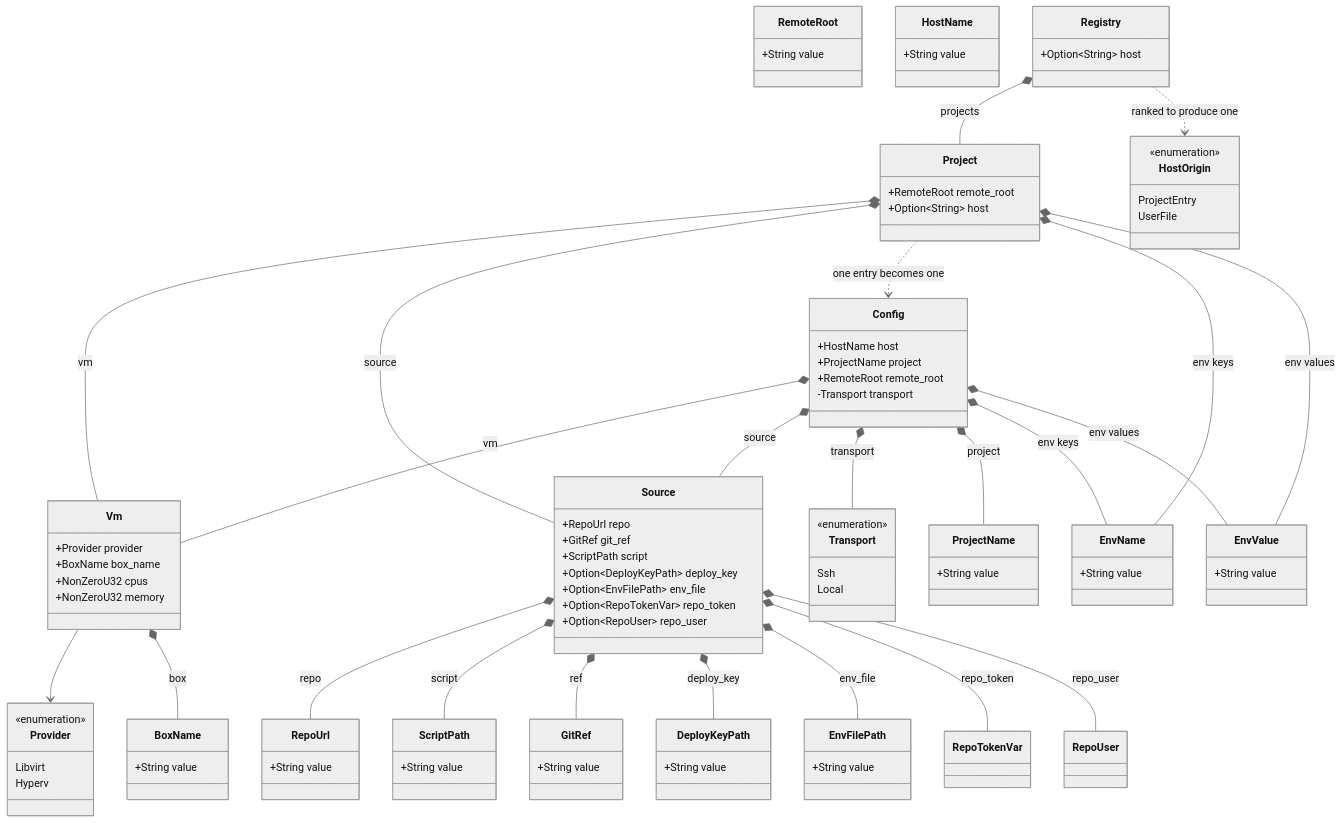
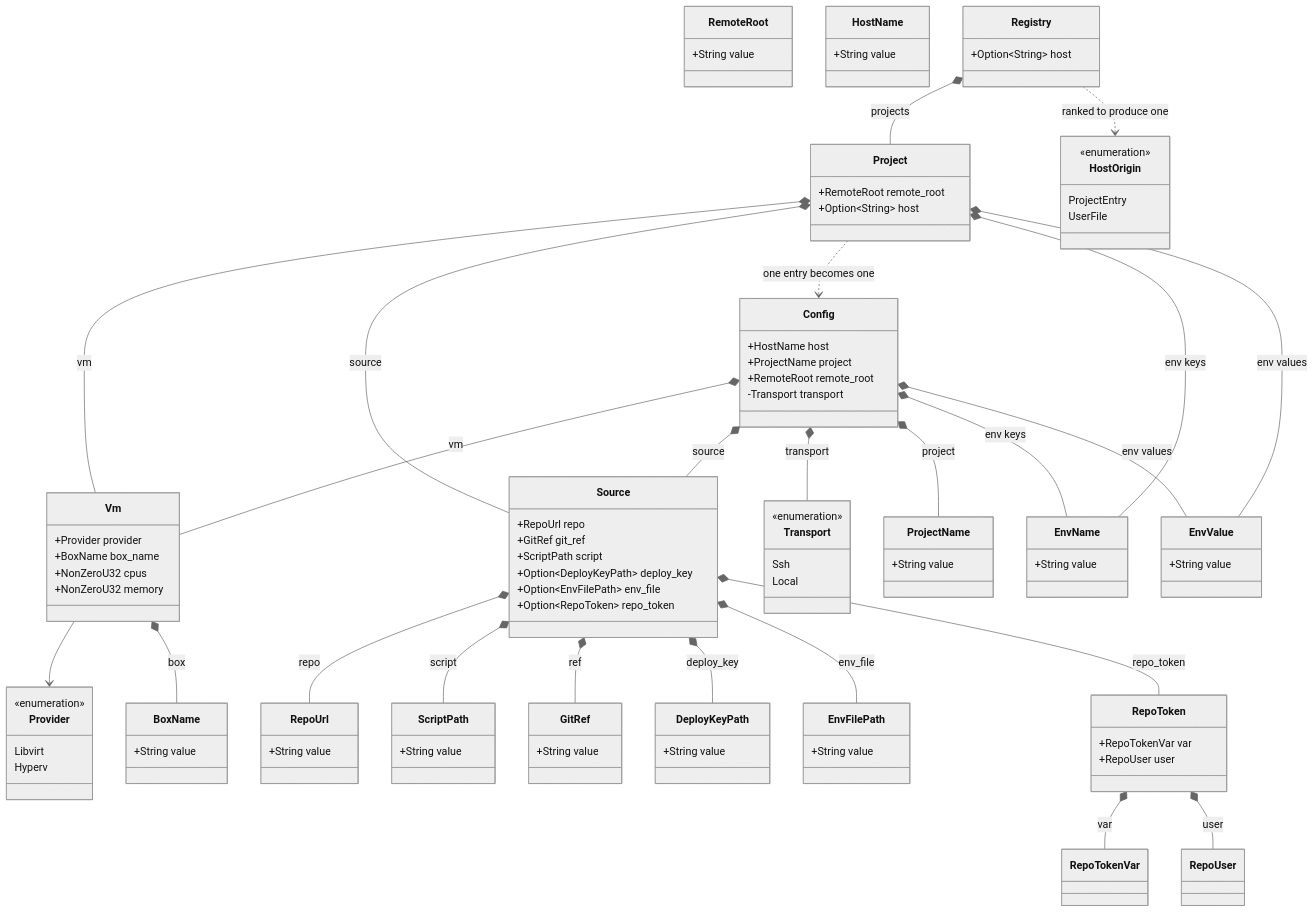
One commit to breki/bombyx changed the third of 6 diagrams in docs/architecture.md. Above: the diagram before and after it, drawn with Mermaid (neutral theme). The commit also changed other lines of this file and 21 other files, not shown here.

First line of the commit message:
fix: the review's findings on the repo_token work

```diff
--- a/docs/architecture.md
+++ b/docs/architecture.md
@@ -245,8 +245,11 @@
     +ScriptPath script
     +Option~DeployKeyPath~ deploy_key
     +Option~EnvFilePath~ env_file
-    +Option~RepoTokenVar~ repo_token
-    +Option~RepoUser~ repo_user
+    +Option~RepoToken~ repo_token
+  }
+  class RepoToken {
+    +RepoTokenVar var
+    +RepoUser user
   }
   class RepoUrl {
     +String value
@@ -317,8 +320,9 @@
   Source *-- GitRef : ref
   Source *-- DeployKeyPath : deploy_key
   Source *-- EnvFilePath : env_file
-  Source *-- RepoTokenVar : repo_token
-  Source *-- RepoUser : repo_user
+  Source *-- RepoToken : repo_token
+  RepoToken *-- RepoTokenVar : var
+  RepoToken *-- RepoUser : user
   Vm *-- BoxName : box
   Config *-- ProjectName : project
   Config *-- EnvName : env keys
```
